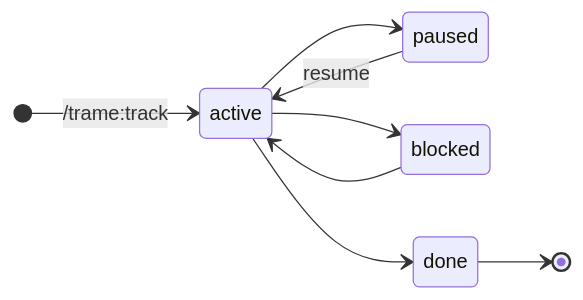
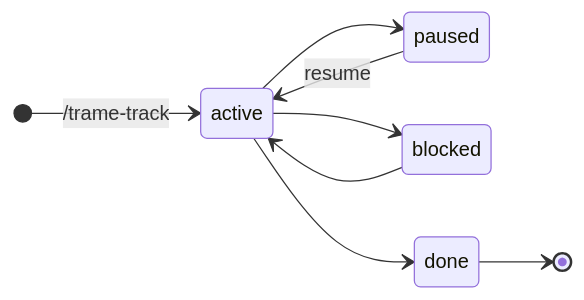
The diagram in docs-site/src/content/docs/data-model.mdx (Andarius/trame), drawn with Mermaid before and after one commit. The commit also changed other lines of this file and 12 other files, not shown here.

First line of the commit message:
chore(setup): install skills only — the /trame:track and /trame:watch commands become skills

````diff
--- a/docs-site/src/content/docs/data-model.mdx
+++ b/docs-site/src/content/docs/data-model.mdx
@@ -11,11 +11,11 @@
 ```mermaid
 stateDiagram-v2
     direction LR
-    [*] --> active : /trame:track
+    [*] --> active : /trame-track
     active --> paused
     paused --> active : resume
     active --> blocked
     blocked --> active
     active --> done
     done --> [*]
 ```
````
